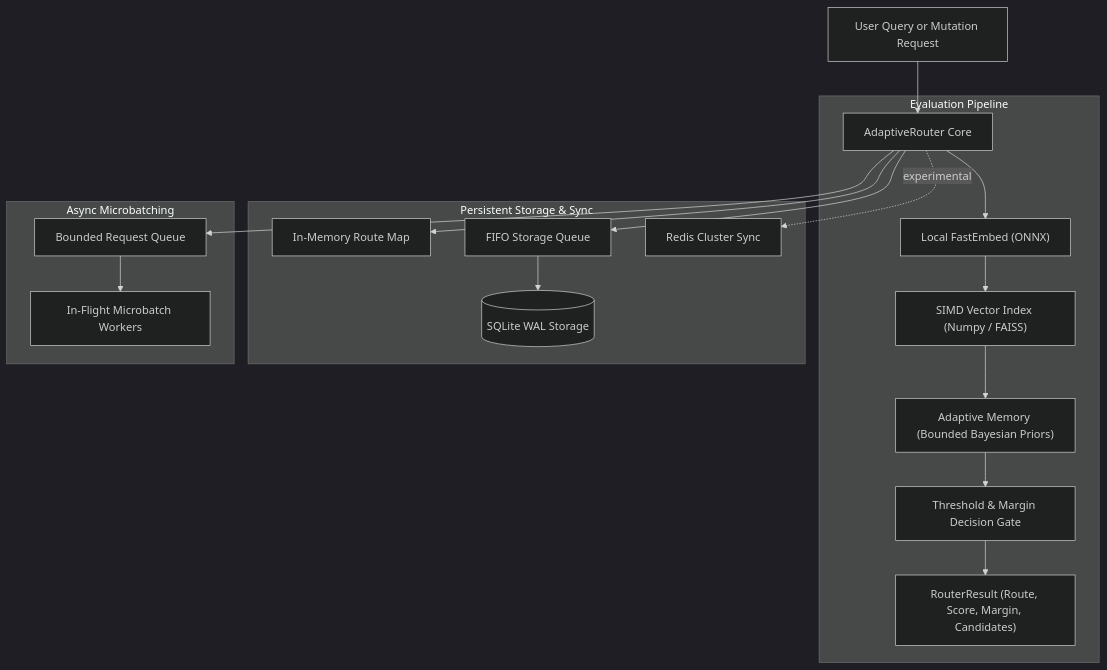
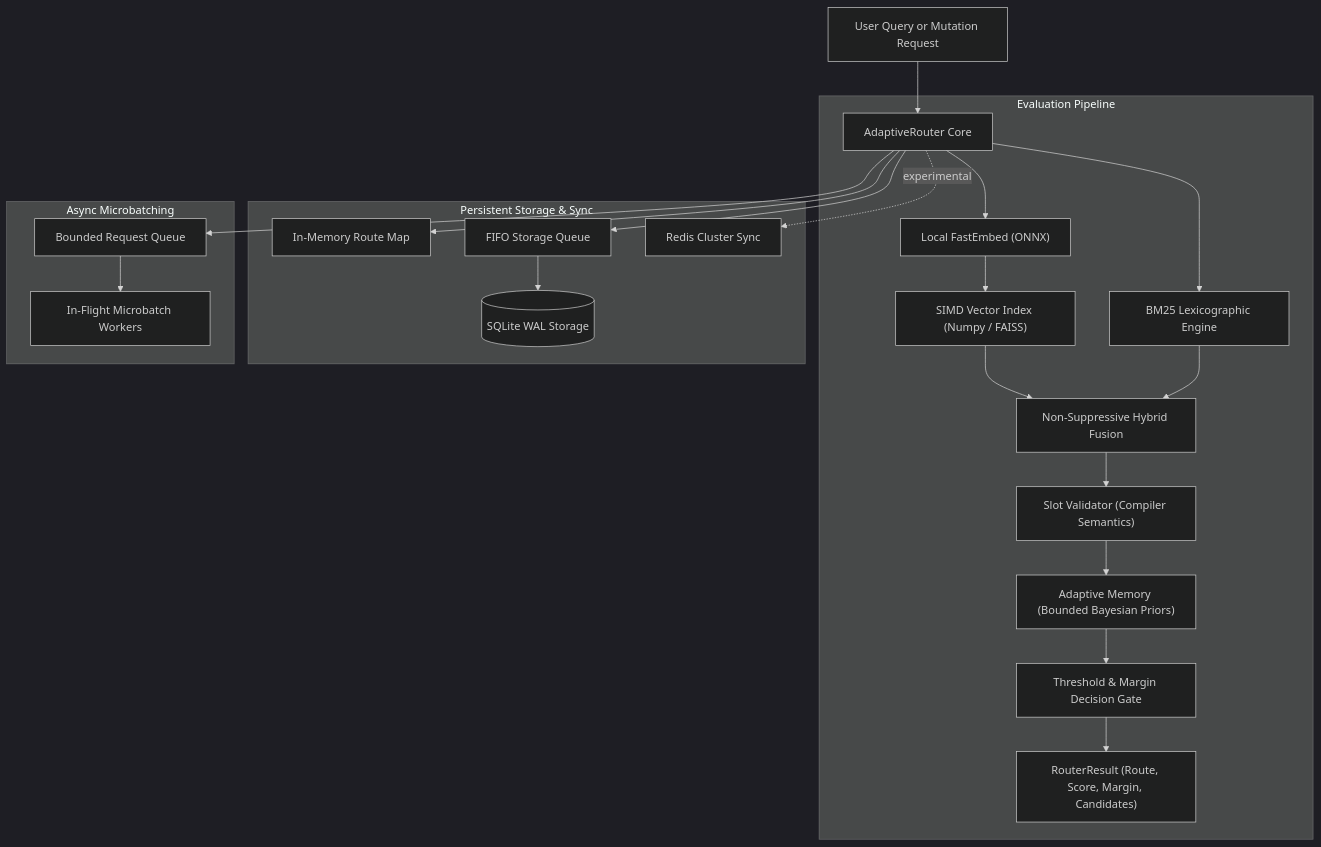
The first of 2 diagrams in README.md (sitanshukr08/SynaptoRoute), drawn with Mermaid (dark theme) before and after one commit. The commit also changed other lines of this file and 8 other files, not shown here.

````diff
--- a/README.md
+++ b/README.md
@@ -136,24 +166,28 @@
 ```mermaid
 graph TD
     Client["User Query or Mutation Request"] --> Router["AdaptiveRouter Core"]
 
     subgraph Evaluation Pipeline
         Router --> Encoder["Local FastEmbed (ONNX)"]
         Encoder --> Index["SIMD Vector Index (Numpy / FAISS)"]
-        Index --> AdaptiveMemory["Adaptive Memory (Bounded Bayesian Priors)"]
+        Router --> Lexicon["BM25 Lexicographic Engine"]
+        Index --> Hybrid["Non-Suppressive Hybrid Fusion"]
+        Lexicon --> Hybrid
+        Hybrid --> SlotCheck["Slot Validator (Compiler Semantics)"]
+        SlotCheck --> AdaptiveMemory["Adaptive Memory (Bounded Bayesian Priors)"]
         AdaptiveMemory --> Gate["Threshold & Margin Decision Gate"]
         Gate --> Result["RouterResult (Route, Score, Margin, Candidates)"]
     end
 
     subgraph Persistent Storage & Sync
         Router --> RouteMap["In-Memory Route Map"]
         Router --> FIFO["FIFO Storage Queue"]
         FIFO --> SQLite[("SQLite WAL Storage")]
         Router -. "experimental" .-> Redis["Redis Cluster Sync"]
     end
 
     subgraph Async Microbatching
         Router --> Queue["Bounded Request Queue"]
         Queue --> Batches["In-Flight Microbatch Workers"]
     end
 ```
````
